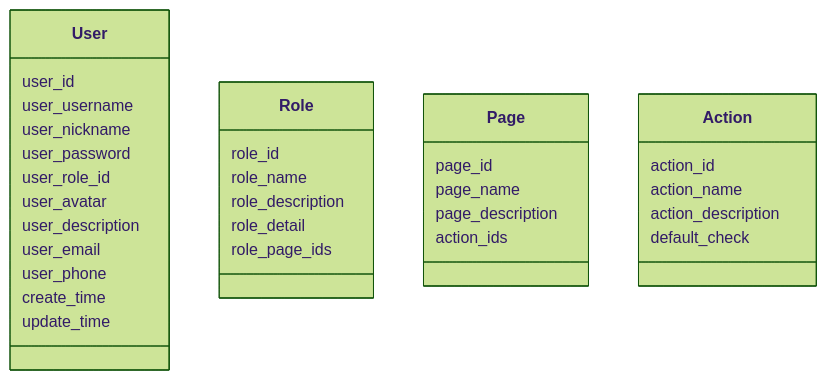
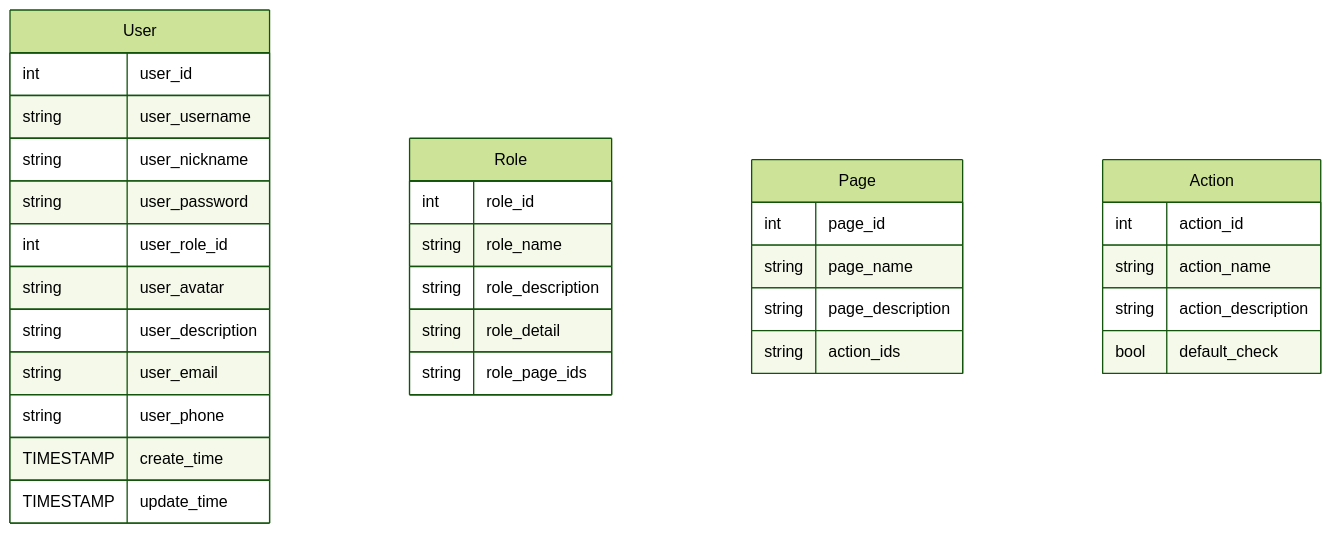
Before and after one commit to HBY-STAR/2024_Spring_CloudNative_Lab: the second of 19 diagrams in docs_hby/lab3-task2-group-8.md, drawn with Mermaid (forest theme). The commit also changed other lines of this file and 5 other files, not shown here.

````diff
--- a/docs_hby/lab3-task2-group-8.md
+++ b/docs_hby/lab3-task2-group-8.md
@@ -83,35 +86,35 @@
 ```mermaid
-classDiagram
-    class User {
-        user_id
-        user_username
-        user_nickname
-        user_password
-        user_role_id
-        user_avatar
-        user_description
-        user_email
-        user_phone
-        create_time
-        update_time
+erDiagram
+    User {
+        int user_id
+        string user_username
+        string user_nickname
+        string user_password
+        int user_role_id
+        string user_avatar
+        string user_description
+        string user_email
+        string user_phone
+        TIMESTAMP create_time
+        TIMESTAMP update_time
     }
-    class Role{
-    	role_id
-    	role_name
-    	role_description
-    	role_detail
-    	role_page_ids
+    Role {
+        int role_id
+        string role_name
+        string role_description
+        string role_detail
+        string role_page_ids
     }
-    class Page{
-        page_id
-        page_name
-        page_description
-        action_ids
+    Page {
+        int page_id
+        string page_name
+        string page_description
+        string action_ids
     }
-    class Action{
-        action_id
-        action_name
-        action_description
-        default_check
+    Action {
+        int action_id
+        string action_name
+        string action_description
+        bool default_check
     }
 ```
````
